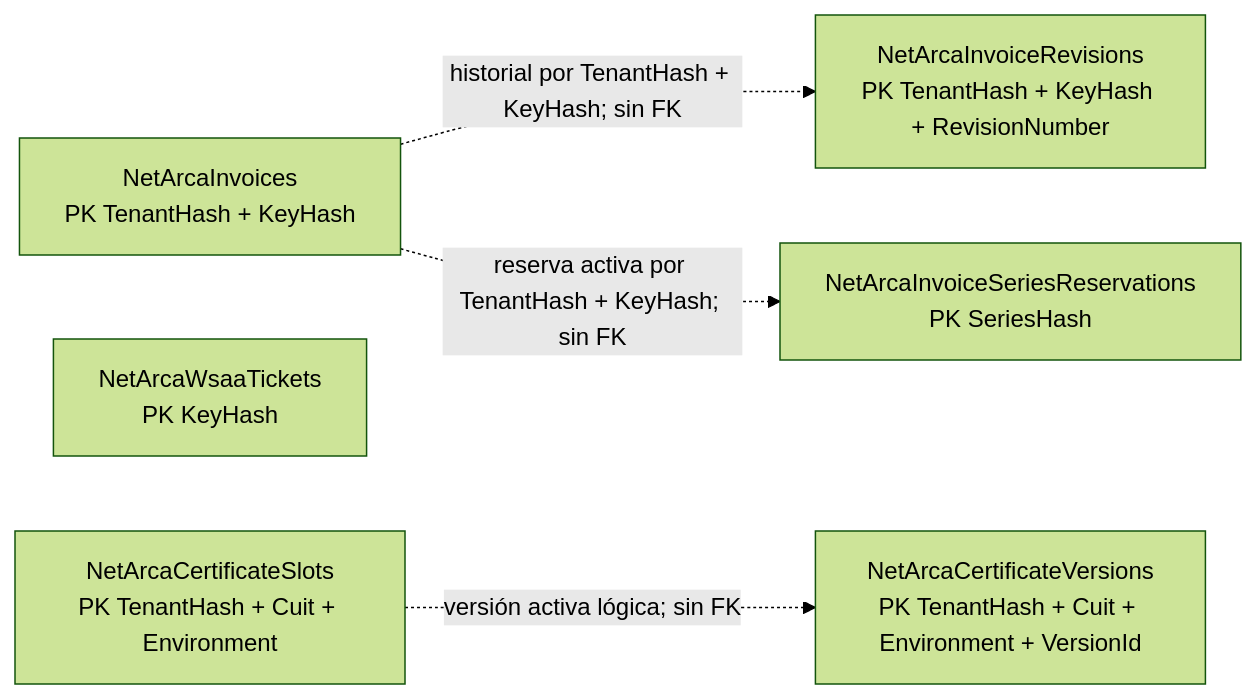
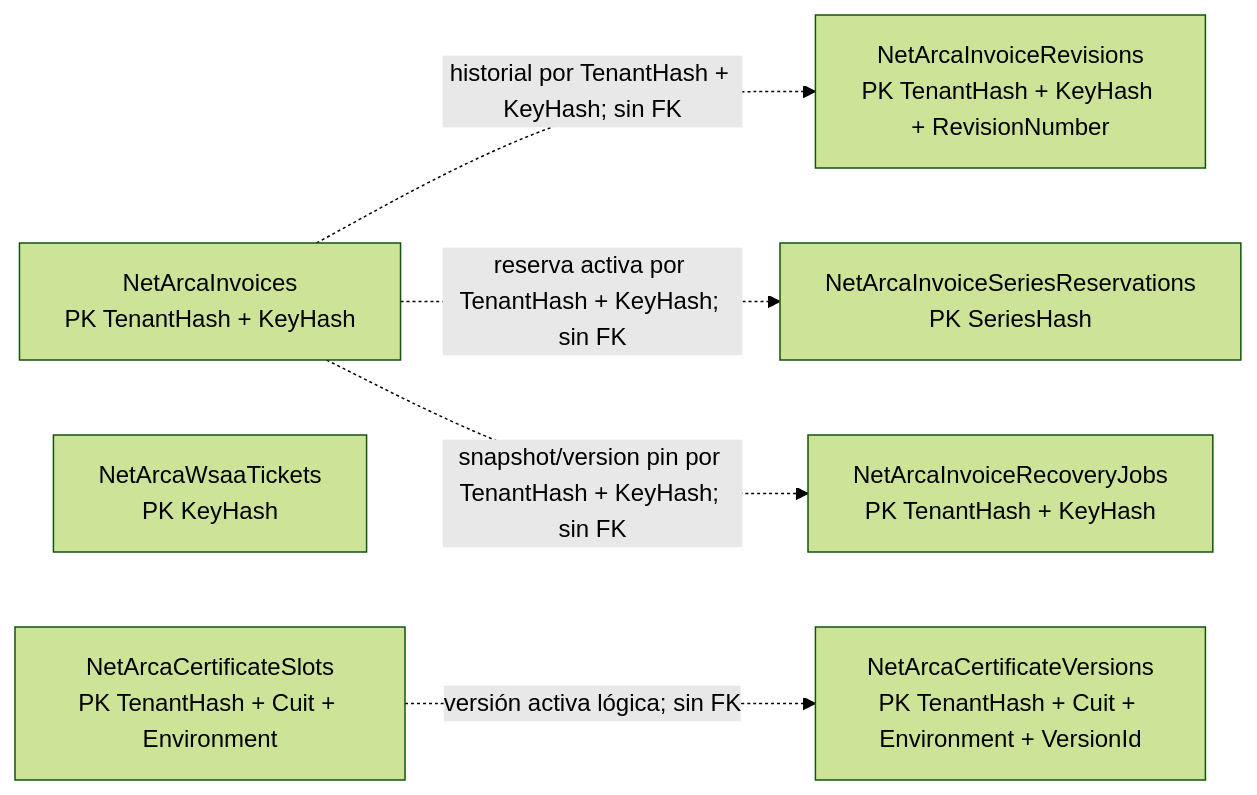
The diagram in docs/wiki-export/Modelo-relacional.md (ARSASWebDesign/NetArcaWs), drawn with Mermaid (forest theme) before and after one commit. The commit also changed other lines of this file and 134 other files, not shown here.

````diff
--- a/docs/wiki-export/Modelo-relacional.md
+++ b/docs/wiki-export/Modelo-relacional.md
@@ -54,12 +66,14 @@
 ```mermaid
 flowchart LR
   I[NetArcaInvoices<br/>PK TenantHash + KeyHash]
+  Q[NetArcaInvoiceRecoveryJobs<br/>PK TenantHash + KeyHash]
   R[NetArcaInvoiceRevisions<br/>PK TenantHash + KeyHash + RevisionNumber]
   S[NetArcaInvoiceSeriesReservations<br/>PK SeriesHash]
   T[NetArcaWsaaTickets<br/>PK KeyHash]
   C[NetArcaCertificateSlots<br/>PK TenantHash + Cuit + Environment]
   V[NetArcaCertificateVersions<br/>PK TenantHash + Cuit + Environment + VersionId]
   I -. "historial por TenantHash + KeyHash; sin FK" .-> R
   I -. "reserva activa por TenantHash + KeyHash; sin FK" .-> S
+  I -. "snapshot/version pin por TenantHash + KeyHash; sin FK" .-> Q
   C -. "versión activa lógica; sin FK" .-> V
 ```
````
